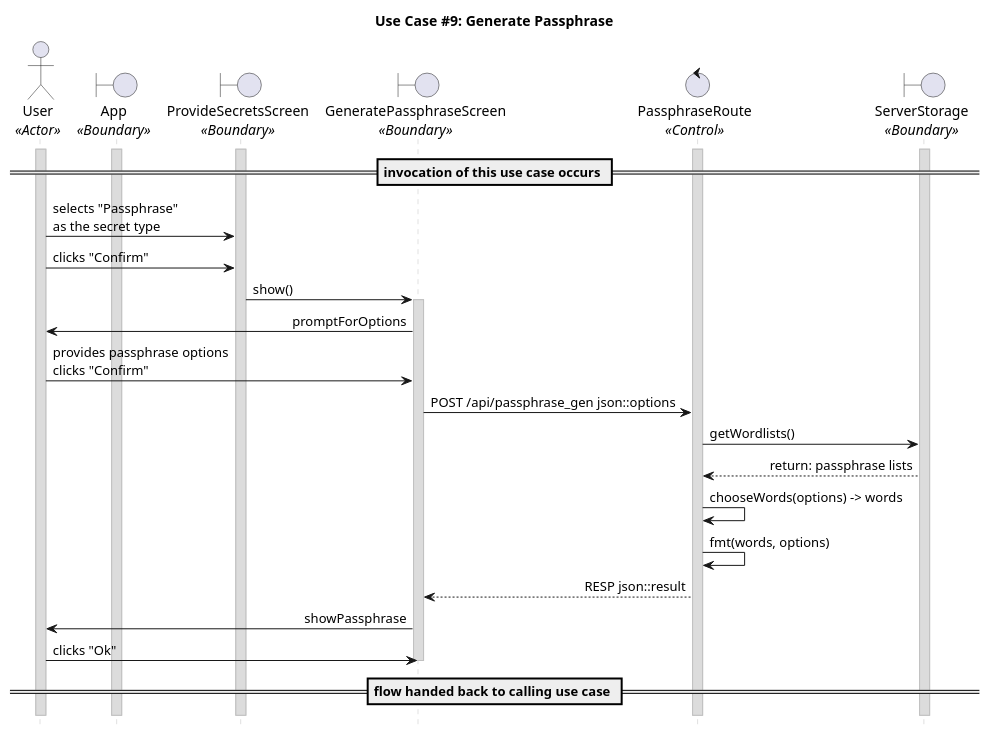
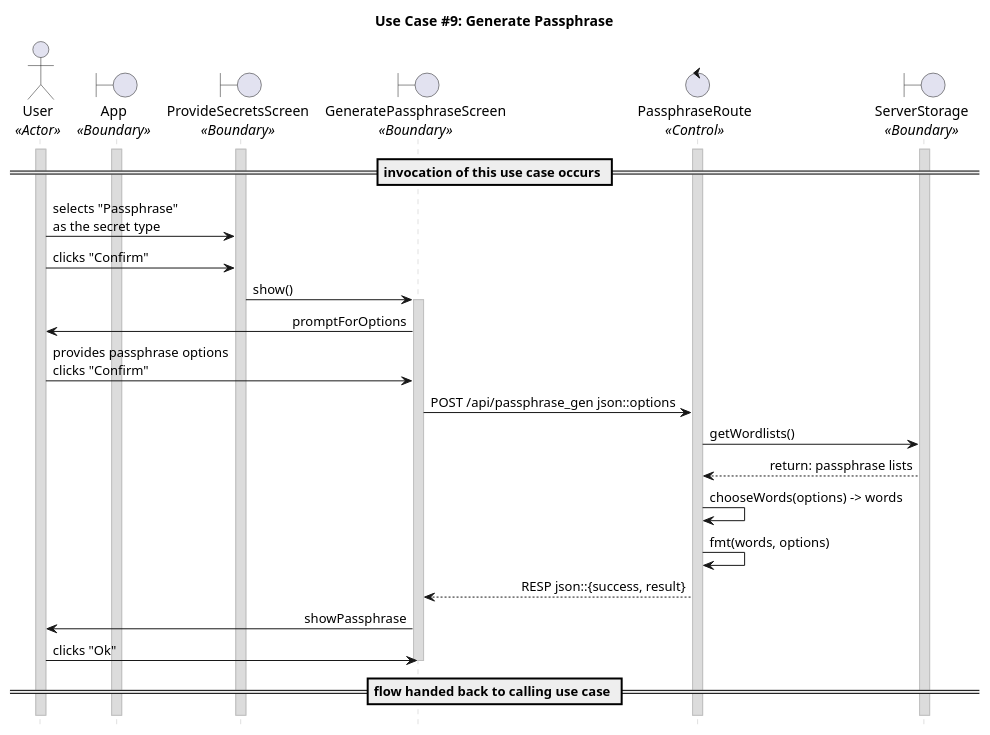
One commit to CECS-491-SP24-Group-1/seq-diagrams changed the diagram in uc_09.puml. Above: the diagram before and after it, drawn with PlantUML. The commit also changed 5 other files, not shown here.

```diff
--- a/uc_09.puml
+++ b/uc_09.puml
@@ -1,72 +1,72 @@
 @startuml uc09
 title "Use Case #9: Generate Passphrase"
 
 'Styling goes here
 hide footbox
 skinparam stereotypePosition bottom
 skinparam sequenceMessageAlign direction
 skinparam sequence {
 	LifeLineBorderColor #Silver
 	LifeLineBackgroundColor #Gainsboro
 }
 
 'Setup the objects involved here
 actor User as u <<Actor>>
 boundary App as a <<Boundary>>
 boundary ProvideSecretsScreen as pss <<Boundary>>
 boundary GeneratePassphraseScreen as gps <<Boundary>>
 control PassphraseRoute as pr <<Control>>
 boundary ServerStorage as ss <<Boundary>>
 
 'Setup persistent objects here
 activate u
 activate a
 activate pr
 activate ss
 activate pss
 
 '--- FLOW OF CONTROL STARTS HERE ---
 'User requests a passphrase from the server along with options such as number of words in the phrase.
 'u -> a: <does an action to trigger \nshow() on "ProvideSecretsScreen">
 'a -> pss: show()
 'activate pss
 'pss -> u: promptForSecret
 
 == invocation of this use case occurs ==
 
 
 u -> pss: selects "Passphrase" \nas the secret type
 u -> pss: clicks "Confirm"
 pss -> gps: show()
 activate gps
 gps -> u: promptForOptions
 u -> gps: provides passphrase options \nclicks "Confirm"
 
 'TODO: Might want to shit passphrase generation from serverside to clientside
 'Request is made to the server with the user's options
 gps -> pr: POST /api/passphrase_gen json::options
 
 'Server picks a format from a pre-defined list of formats.
 pr -> ss: getWordlists()
 ss --> pr: return: passphrase lists
 
 'Server chooses random phrases from the wordlist.
 pr -> pr: chooseWords(options) -> words
 
 'Server formats the passphrase according to the chosen format and user request.
 pr -> pr: fmt(words, options)
 
 'Server sends the passphrase back to the user.
-pr --> gps: RESP json::result
+pr --> gps: RESP json::{success, result}
 gps -> u: showPassphrase
 u -> gps: clicks "Ok"
 deactivate gps
 
 'Cleanup
 == flow handed back to calling use case ==
 
 'Cleanup
 'u -> pss: provides passphrase \nclicks "Confirm"
 '--- FLOW OF CONTROL ENDS HERE   ---
 
 @enduml
```
